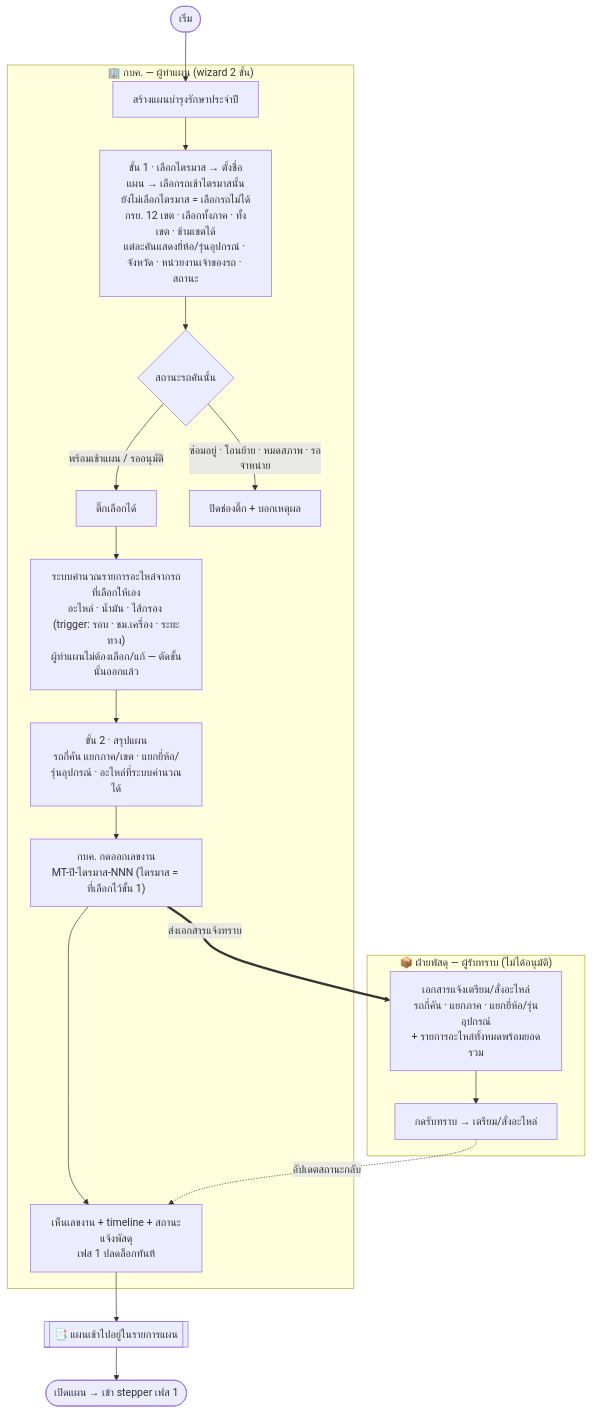
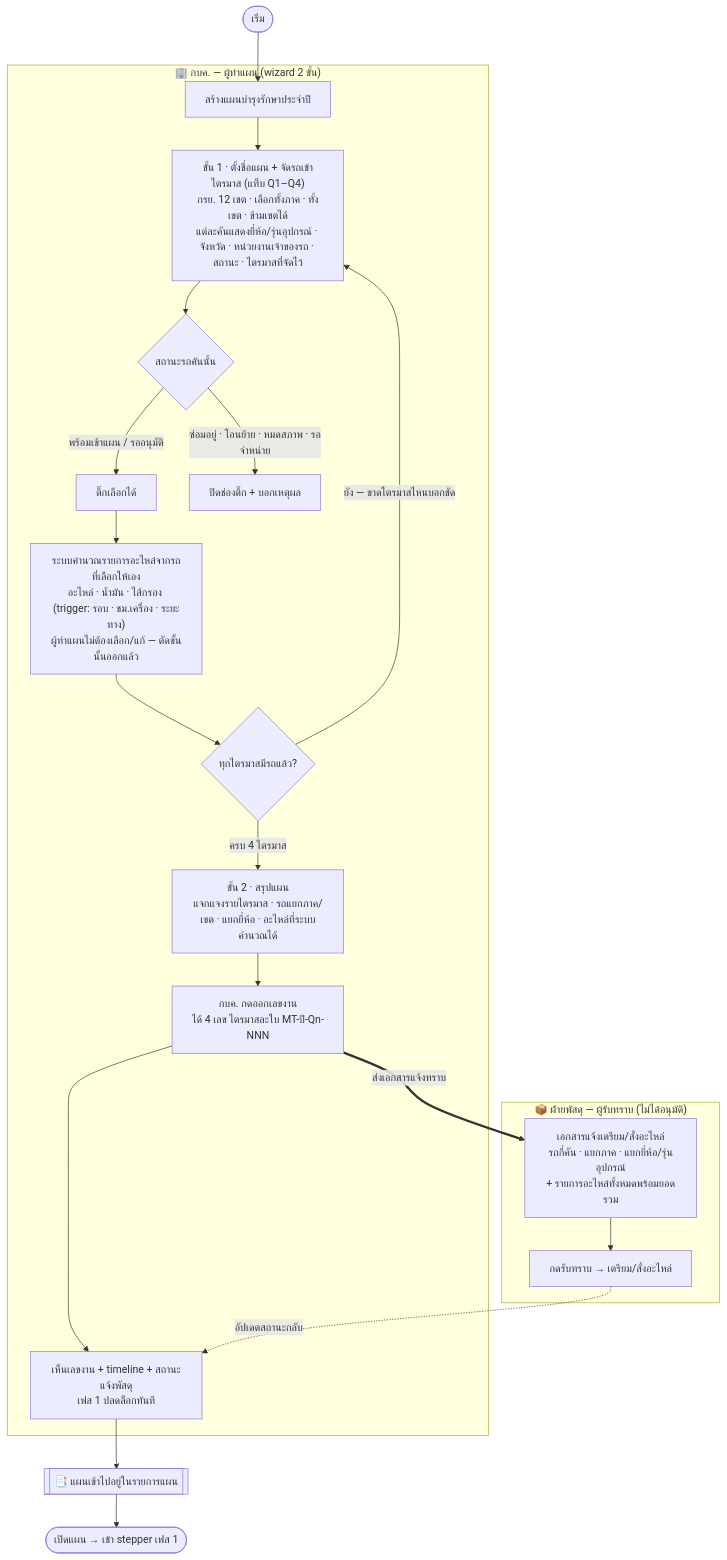
One commit to anugmail/Maintenance-Request-Form changed the diagram in Diagram/01-บำรุงรักษาตามวาระ/01-ออกเลขงาน.md. Above: the diagram before and after it, drawn with Mermaid. The commit also changed other lines of this file and 33 other files, not shown here.

````diff
--- a/Diagram/01-บำรุงรักษาตามวาระ/01-ออกเลขงาน.md
+++ b/Diagram/01-บำรุงรักษาตามวาระ/01-ออกเลขงาน.md
@@ -16,28 +19,30 @@
 ```mermaid
 flowchart TB
     S([เริ่ม])
 
     subgraph KBK["🏢 กบค. — ผู้ทำแผน (wizard 2 ขั้น)"]
         A[สร้างแผนบำรุงรักษาประจำปี]
-        A --> B["ขั้น 1 · เลือกไตรมาส → ตั้งชื่อแผน → เลือกรถเข้าไตรมาสนั้น<br/>ยังไม่เลือกไตรมาส = เลือกรถไม่ได้<br/>กรย. 12 เขต · เลือกทั้งภาค · ทั้งเขต · ข้ามเขตได้<br/>แต่ละคันแสดงยี่ห้อ/รุ่นอุปกรณ์ · จังหวัด · หน่วยงานเจ้าของรถ · สถานะ"]
+        A --> B["ขั้น 1 · ตั้งชื่อแผน + จัดรถเข้าไตรมาส (แท็บ Q1–Q4)<br/>กรย. 12 เขต · เลือกทั้งภาค · ทั้งเขต · ข้ามเขตได้<br/>แต่ละคันแสดงยี่ห้อ/รุ่นอุปกรณ์ · จังหวัด · หน่วยงานเจ้าของรถ · สถานะ · ไตรมาสที่จัดไว้"]
         B --> B2{"สถานะรถคันนั้น"}
         B2 -->|พร้อมเข้าแผน / รออนุมัติ| B3["ติ๊กเลือกได้"]
         B2 -->|ซ่อมอยู่ · โอนย้าย · หมดสภาพ · รอจำหน่าย| B4["ปิดช่องติ๊ก + บอกเหตุผล"]
         B3 --> C["ระบบคำนวณรายการอะไหล่จากรถที่เลือกให้เอง<br/>อะไหล่ · น้ำมัน · ไส้กรอง (trigger: รอบ · ชม.เครื่อง · ระยะทาง)<br/>ผู้ทำแผนไม่ต้องเลือก/แก้ — ตัดขั้นนั้นออกแล้ว"]
-        C --> D["ขั้น 2 · สรุปแผน<br/>รถกี่คัน แยกภาค/เขต · แยกยี่ห้อ/รุ่นอุปกรณ์ · อะไหล่ที่ระบบคำนวณได้"]
-        D --> E["กบค. กดออกเลขงาน<br/>MT-ปี-ไตรมาส-NNN (ไตรมาส = ที่เลือกไว้ขั้น 1)"]
+        C --> CQ{"ทุกไตรมาสมีรถแล้ว?"}
+        CQ -->|"ยัง — ขาดไตรมาสไหนบอกชัด"| B
+        CQ -->|ครบ 4 ไตรมาส| D["ขั้น 2 · สรุปแผน<br/>แจกแจงรายไตรมาส · รถแยกภาค/เขต · แยกยี่ห้อ · อะไหล่ที่ระบบคำนวณได้"]
+        D --> E["กบค. กดออกเลขงาน<br/>ได้ 4 เลข ไตรมาสละใบ MT-ปี-Qn-NNN"]
         E --> J[เห็นเลขงาน + timeline + สถานะแจ้งพัสดุ<br/>เฟส 1 ปลดล็อกทันที]
     end
 
     subgraph PSD["📦 ฝ่ายพัสดุ — ผู้รับทราบ (ไม่ได้อนุมัติ)"]
         F["เอกสารแจ้งเตรียม/สั่งอะไหล่<br/>รถกี่คัน · แยกภาค · แยกยี่ห้อ/รุ่นอุปกรณ์<br/>+ รายการอะไหล่ทั้งหมดพร้อมยอดรวม"]
         G[กดรับทราบ → เตรียม/สั่งอะไหล่]
         F --> G
     end
 
     S --> A
     E ==>|ส่งเอกสารแจ้งทราบ| F
     G -. อัปเดตสถานะกลับ .-> J
     J --> L[["📑 แผนเข้าไปอยู่ในรายการแผน"]]
     L --> Z(["เปิดแผน → เข้า stepper เฟส 1"])
 ```
````
